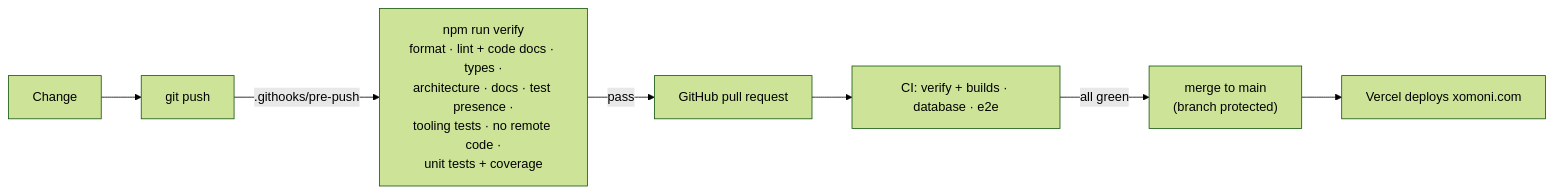
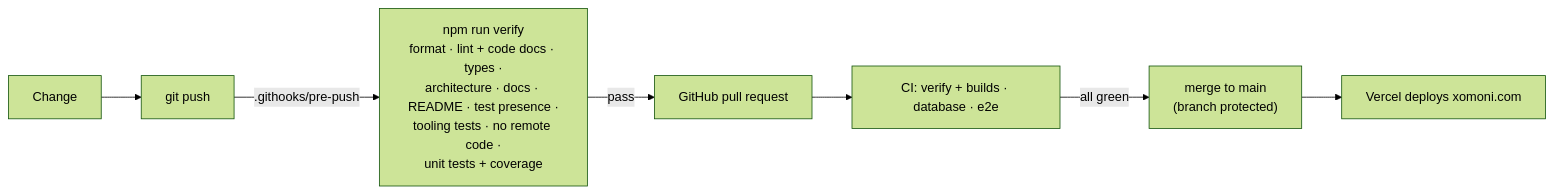
The fifth of 5 diagrams in docs/ARCHITECTURE.md (pirdehi/xomoni), drawn with Mermaid (forest theme) before and after one commit. The commit also changed other lines of this file and 16 other files, not shown here.

````diff
--- a/docs/ARCHITECTURE.md
+++ b/docs/ARCHITECTURE.md
@@ -308,9 +308,9 @@
 ```mermaid
 flowchart LR
   edit["Change"] --> push["git push"]
-  push -- ".githooks/pre-push" --> verify["npm run verify<br/>format · lint + code docs · types ·<br/>architecture · docs · test presence ·<br/>tooling tests · no remote code ·<br/>unit tests + coverage"]
+  push -- ".githooks/pre-push" --> verify["npm run verify<br/>format · lint + code docs · types ·<br/>architecture · docs · README · test presence ·<br/>tooling tests · no remote code ·<br/>unit tests + coverage"]
   verify -- pass --> gh["GitHub pull request"]
   gh --> ci["CI: verify + builds · database · e2e"]
   ci -- "all green" --> main["merge to main<br/>(branch protected)"]
   main --> vercel["Vercel deploys xomoni.com"]
 ```
````
